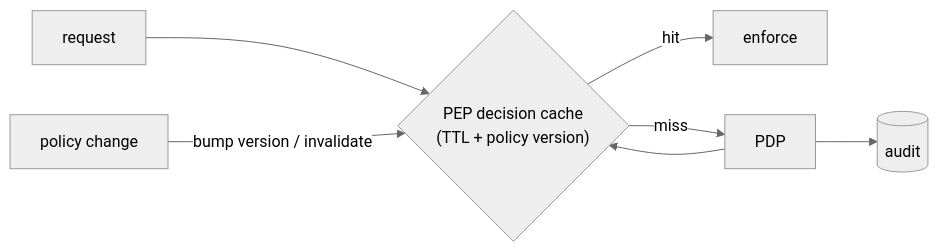
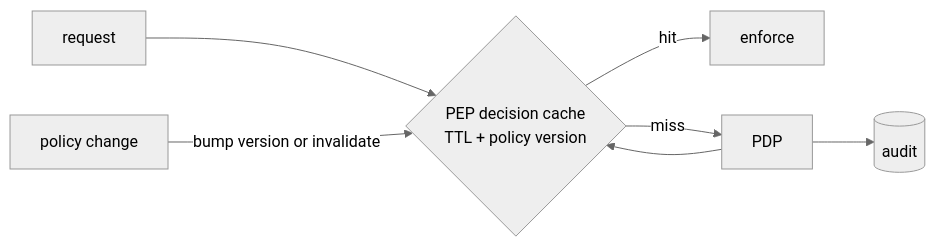
The sixth of 7 diagrams in docs/DESIGN.md (deepansh2908/access-management-system), drawn with Mermaid (neutral theme) before and after one commit. The commit also changed other lines of this file and 1 other file, not shown here.

First line of the commit message:
docs: simplify Mermaid diagrams so GitHub renders them

````diff
--- a/docs/DESIGN.md
+++ b/docs/DESIGN.md
@@ -486,9 +488,9 @@
 ```mermaid
 flowchart LR
-  req["request"] --> cache{"PEP decision cache<br/>(TTL + policy version)"}
+  req["request"] --> cache{"PEP decision cache<br/>TTL + policy version"}
   cache -->|hit| enforce["enforce"]
   cache -->|miss| pdp["PDP"]
   pdp --> cache
   pdp --> audit[("audit")]
-  change["policy change"] -->|"bump version / invalidate"| cache
+  change["policy change"] -->|"bump version or invalidate"| cache
 ```
````
